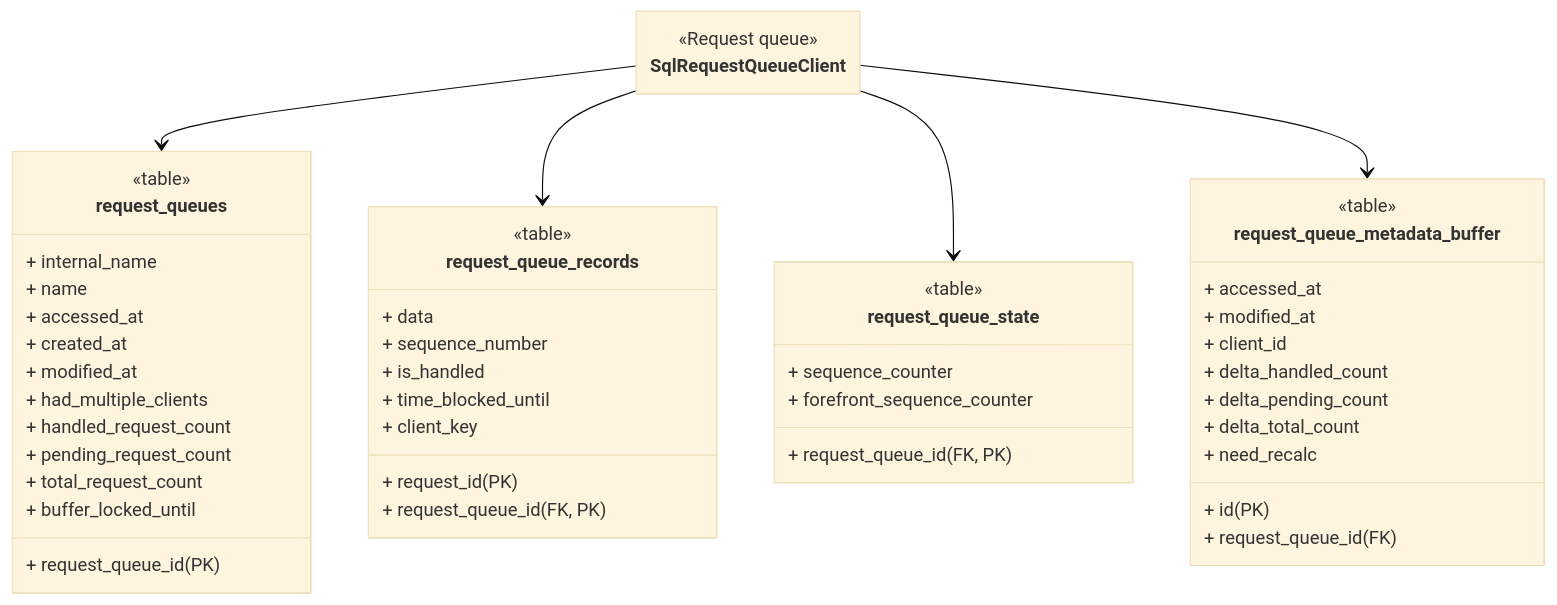
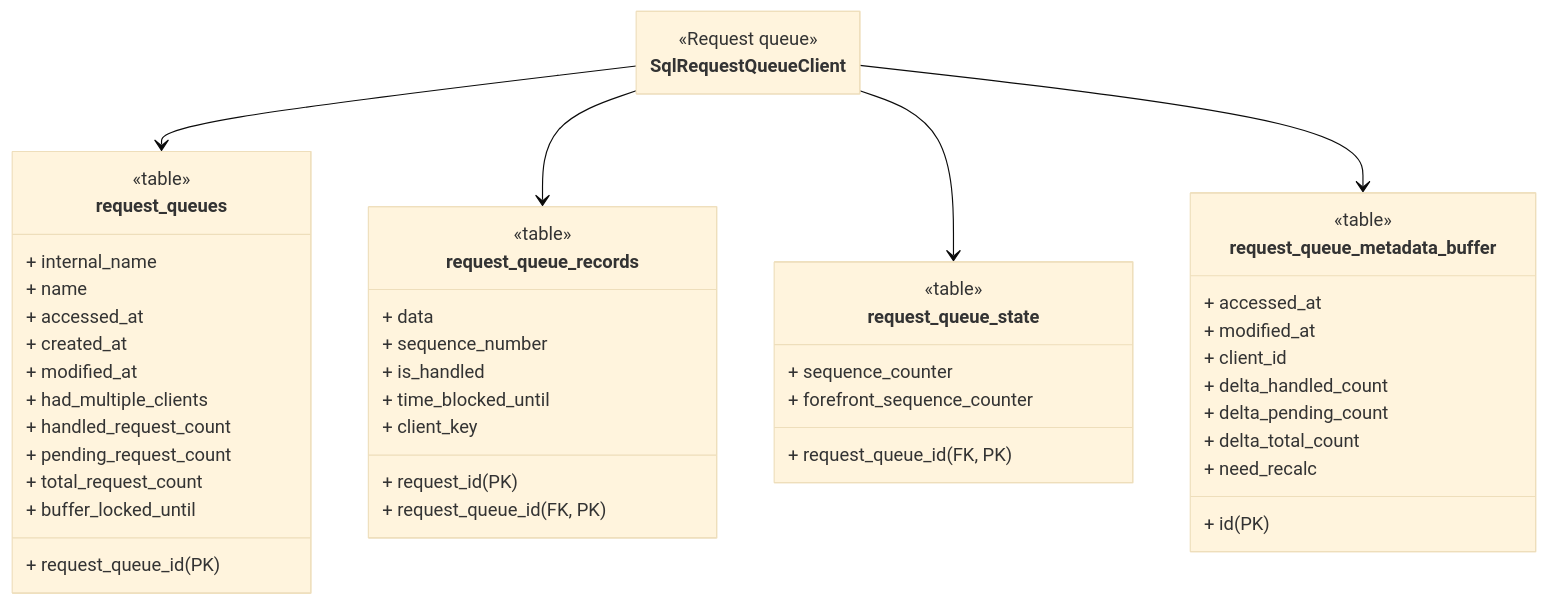
Before and after one commit to apify/crawlee-python: the third of 6 diagrams in docs/guides/storage_clients.mdx, drawn with Mermaid (base theme). The commit also changed other lines of this file and 5 other files, not shown here.

````diff
--- a/docs/guides/storage_clients.mdx
+++ b/docs/guides/storage_clients.mdx
@@ -265,76 +265,75 @@
 ```mermaid
 ---
 config:
     class:
         hideEmptyMembersBox: true
 ---
 
 classDiagram
 
 %% ========================
 %% Storage Clients
 %% ========================
 
 class SqlRequestQueueClient {
     <<Request queue>>
 }
 
 %% ========================
 %% Request Queue Tables
 %% ========================
 
 class request_queues {
     <<table>>
     + request_queue_id (PK)
     + internal_name
     + name
     + accessed_at
     + created_at
     + modified_at
     + had_multiple_clients
     + handled_request_count
     + pending_request_count
     + total_request_count
     + buffer_locked_until
 }
 
 class request_queue_records {
     <<table>>
     + request_id (PK)
     + request_queue_id (FK, PK)
     + data
     + sequence_number
     + is_handled
     + time_blocked_until
     + client_key
 }
 
 class request_queue_state {
     <<table>>
     + request_queue_id (FK, PK)
     + sequence_counter
     + forefront_sequence_counter
 }
 
 class request_queue_metadata_buffer {
     <<table>>
     + id (PK)
     + accessed_at
     + modified_at
-    + request_queue_id (FK)
     + client_id
     + delta_handled_count
     + delta_pending_count
     + delta_total_count
     + need_recalc
 }
 
 %% ========================
 %% Client to Table arrows
 %% ========================
 
 SqlRequestQueueClient --> request_queues
 SqlRequestQueueClient --> request_queue_records
 SqlRequestQueueClient --> request_queue_state
 SqlRequestQueueClient --> request_queue_metadata_buffer
 ```
````
